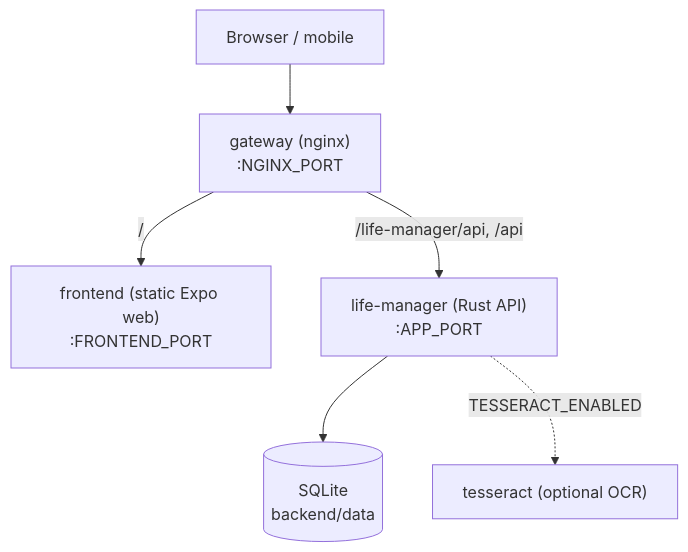
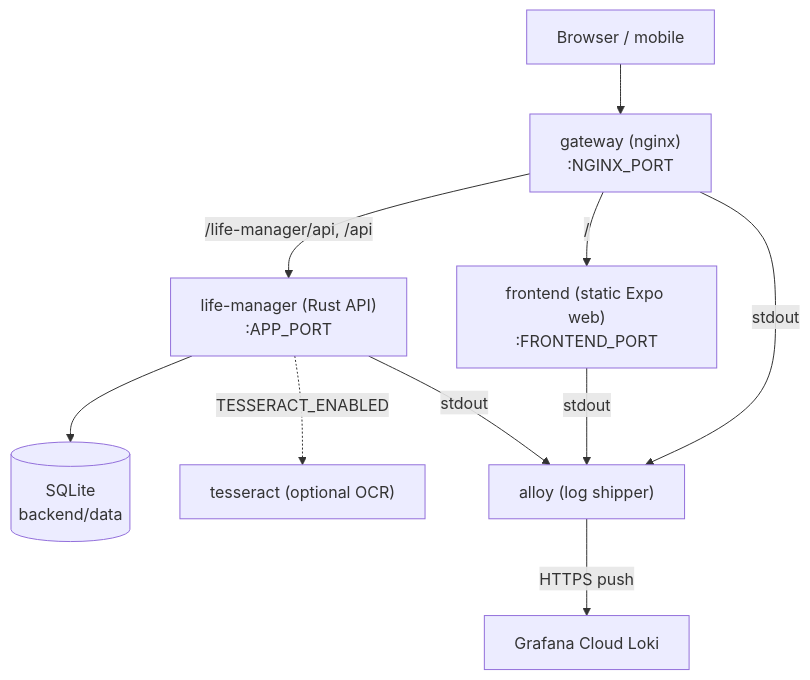
The third of 5 diagrams in docs/architecture.md (mikeyjay39/life-manager), drawn with Mermaid before and after one commit. The commit also changed other lines of this file and 7 other files, not shown here.

````diff
--- a/docs/architecture.md
+++ b/docs/architecture.md
@@ -84,15 +84,21 @@
 ```mermaid
 flowchart TB
   browser["Browser / mobile"]
   gateway["gateway (nginx)\n:NGINX_PORT"]
   frontend["frontend (static Expo web)\n:FRONTEND_PORT"]
   api["life-manager (Rust API)\n:APP_PORT"]
   db[("SQLite\nbackend/data")]
   ocr["tesseract (optional OCR)"]
+  alloy["alloy (log shipper)"]
+  grafanaCloud["Grafana Cloud Loki"]
 
   browser --> gateway
   gateway -->|"/"| frontend
   gateway -->|"/life-manager/api, /api"| api
   api --> db
   api -.->|"TESSERACT_ENABLED"| ocr
+  gateway -->|"stdout"| alloy
+  frontend -->|"stdout"| alloy
+  api -->|"stdout"| alloy
+  alloy -->|"HTTPS push"| grafanaCloud
 ```
````
